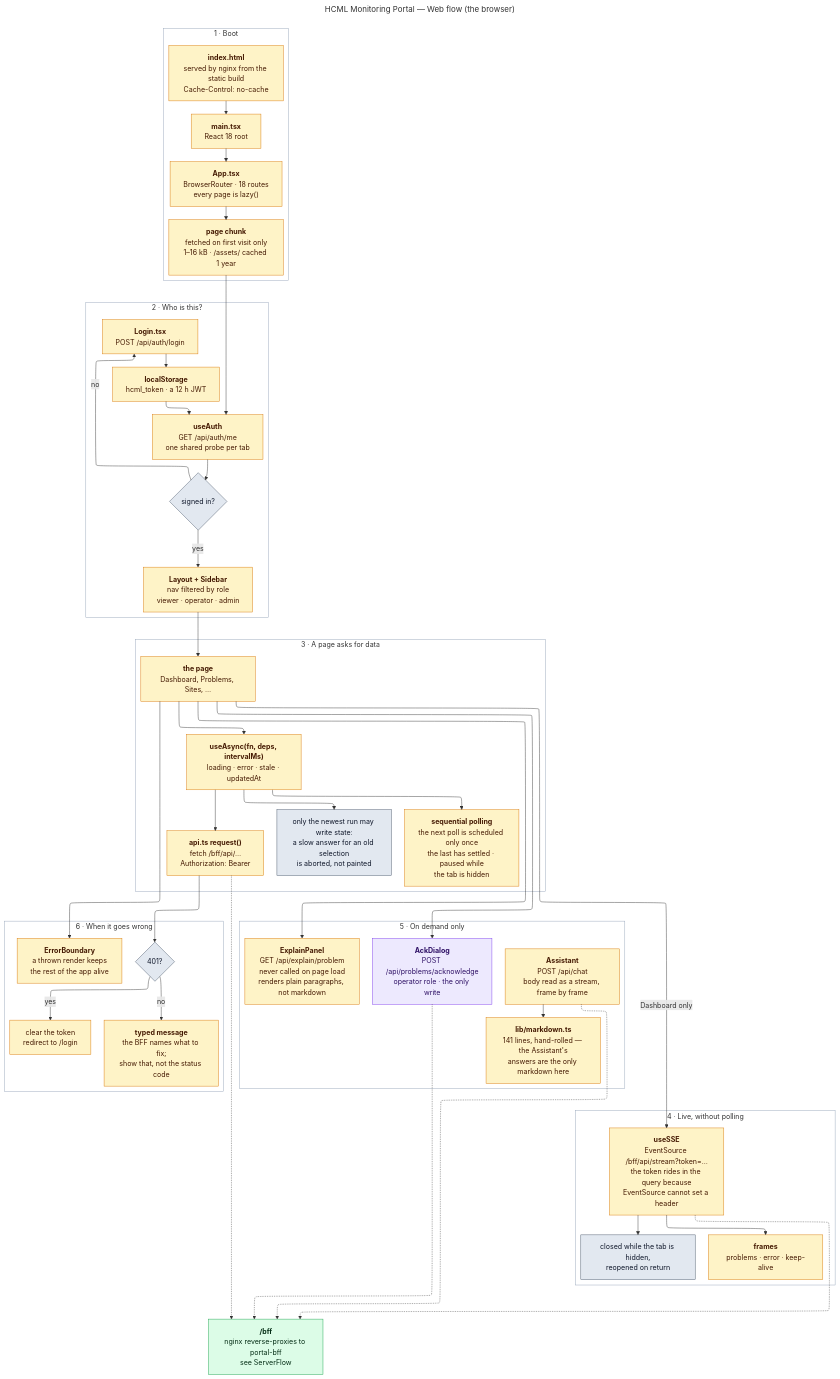
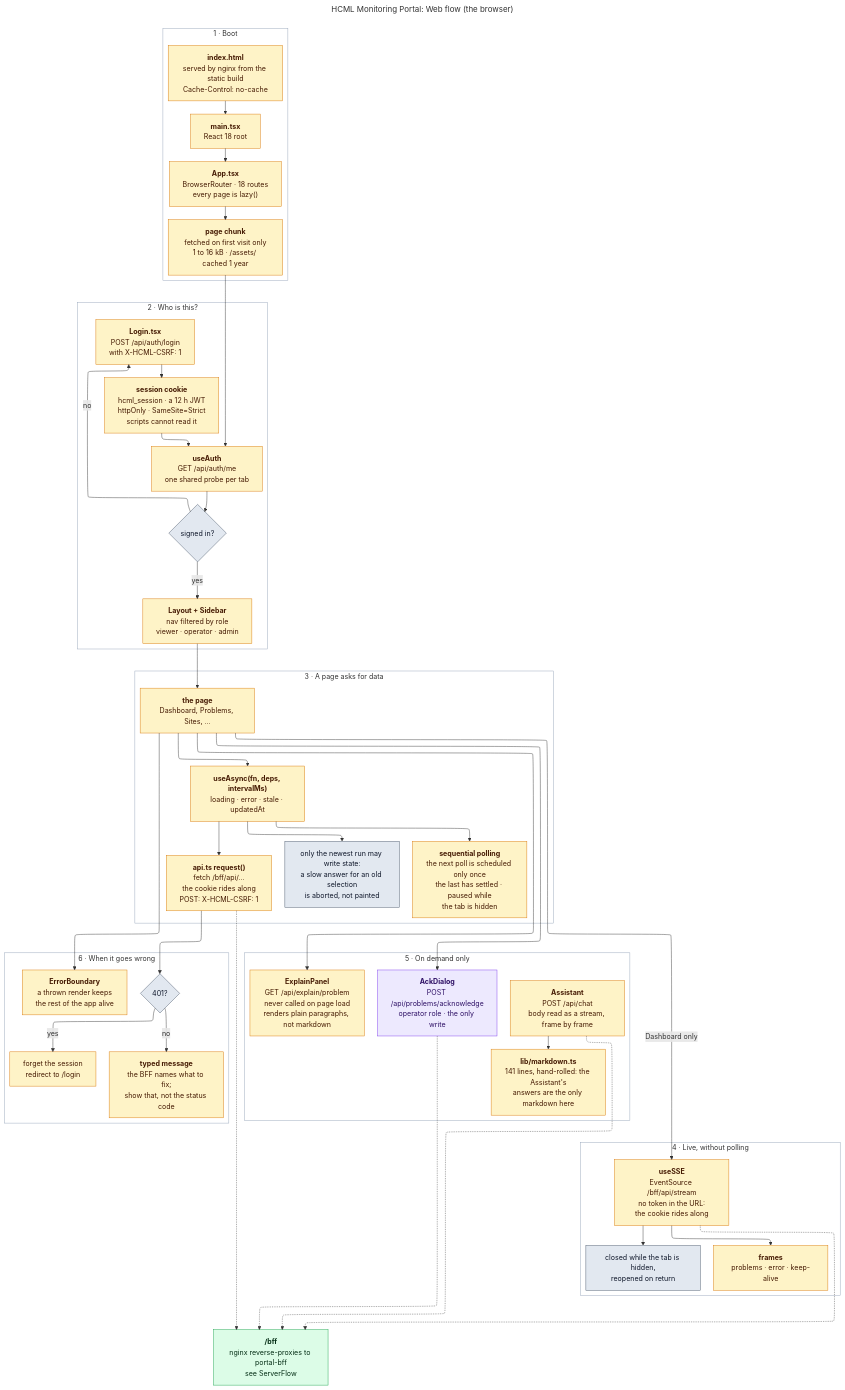
Before and after one commit to Fxkra28/Dashboard-Zabbix-Prototype: the diagram in docs/flow/WebFlow.mmd, drawn with Mermaid. The commit also changed 351 other files, not shown here.

```diff
--- a/docs/flow/WebFlow.mmd
+++ b/docs/flow/WebFlow.mmd
@@ -1,138 +1,138 @@
 ---
-title: HCML Monitoring Portal — Web flow (the browser)
+title: "HCML Monitoring Portal: Web flow (the browser)"
 config:
   layout: elk
   elk:
     mergeEdges: false
     nodePlacementStrategy: BRANDES_KOEPF
 ---
 flowchart TB
 
-    %% =================================================================
-    %%  WEB FLOW -- what happens in the browser, from the first byte
+    %%  Web flow: what happens in the browser, from the first byte
     %%  nginx serves to the moment a page has data on screen.
 
     %%  Amber  runs in the browser.
     %%  Green  the portal's own BFF, same origin, behind /bff.
     %%  Grey   a decision, a guard, or a boundary.
 
     %%  Nothing here ever holds a Zabbix or model credential. Every call
-    %%  goes to /bff, and the JWT in localStorage only proves who the
-    %%  user is to the portal -- it grants nothing in Zabbix.
+    %%  goes to /bff. The portal JWT rides in an httpOnly cookie that no
+    %%  script on the page can read (ADR-0010); it only proves who the
+    %%  user is to the portal and grants nothing in Zabbix.
 
     %%  Two arrows were corrected against the code and must stay this
-    %%  way. (1) The stream is opened by the DASHBOARD, not the shell:
+    %%  way. (1) The stream is opened by the Dashboard, not the shell:
     %%  useSSE has exactly one call site, Overview.tsx, and navigating
     %%  away closes the connection. The Problems page does not stream at
-    %%  all -- it polls every 30 s. (2) There is no ExplainPanel ->
+    %%  all: it polls every 30 s. (2) There is no ExplainPanel ->
     %%  markdown arrow: ExplainPanel renders its fields as plain <p>
     %%  paragraphs and never imports the renderer. The Assistant is its
     %%  only consumer.
 
-    %%  Note also that stage 2's "signed in?" diamond is NOT implemented
+    %%  Note also that stage 2's "signed in?" diamond is not implemented
     %%  as a route guard. No component reads the role and redirects; the
-    %%  only automatic path to /login is api.ts reacting to a 401, so an
-    %%  unauthenticated visitor sees the chrome for one round trip.
-    %% =================================================================
+    %%  automatic paths to /login are api.ts reacting to a 401, to a
+    %%  sign-out in another tab, or to a page Back restores after one, so
+    %%  an unauthenticated visitor sees the chrome for one round trip.
 
     subgraph W1["1 &middot; Boot"]
         HTML["<b>index.html</b><br>served by nginx from the static build<br>Cache-Control: no-cache"]
         MAIN["<b>main.tsx</b><br>React 18 root"]
         APP["<b>App.tsx</b><br>BrowserRouter &middot; 18 routes<br>every page is lazy()"]
-        CHUNK["<b>page chunk</b><br>fetched on first visit only<br>1&ndash;16 kB &middot; /assets/ cached 1 year"]
+        CHUNK["<b>page chunk</b><br>fetched on first visit only<br>1 to 16 kB &middot; /assets/ cached 1 year"]
 
         HTML --> MAIN --> APP --> CHUNK
     end
 
     subgraph W2["2 &middot; Who is this?"]
         ME["<b>useAuth</b><br>GET /api/auth/me<br>one shared probe per tab"]
         HASROLE{"signed in?"}
-        LOGIN["<b>Login.tsx</b><br>POST /api/auth/login"]
-        TOKEN["<b>localStorage</b><br>hcml_token &middot; a 12 h JWT"]
+        LOGIN["<b>Login.tsx</b><br>POST /api/auth/login<br>with X-HCML-CSRF: 1"]
+        COOKIE["<b>session cookie</b><br>hcml_session &middot; a 12 h JWT<br>httpOnly &middot; SameSite=Strict<br>scripts cannot read it"]
         LAYOUT["<b>Layout + Sidebar</b><br>nav filtered by role<br>viewer &middot; operator &middot; admin"]
 
         ME --> HASROLE
         HASROLE -->|"no"| LOGIN
-        LOGIN --> TOKEN
-        TOKEN --> ME
+        LOGIN --> COOKIE
+        COOKIE --> ME
         HASROLE -->|"yes"| LAYOUT
     end
 
     subgraph W3["3 &middot; A page asks for data"]
         PAGE["<b>the page</b><br>Dashboard, Problems, Sites, &hellip;"]
         ASYNC["<b>useAsync(fn, deps, intervalMs)</b><br>loading &middot; error &middot; stale &middot; updatedAt"]
         GUARD["only the newest run may write state:<br>a slow answer for an old selection<br>is aborted, not painted"]
         POLL["<b>sequential polling</b><br>the next poll is scheduled only once<br>the last has settled &middot; paused while<br>the tab is hidden"]
-        APICALL["<b>api.ts request()</b><br>fetch /bff/api/&hellip;<br>Authorization: Bearer"]
+        APICALL["<b>api.ts request()</b><br>fetch /bff/api/&hellip;<br>the cookie rides along<br>POST: X-HCML-CSRF: 1"]
 
         PAGE --> ASYNC
         ASYNC --> GUARD
         ASYNC --> POLL
         ASYNC --> APICALL
     end
 
     subgraph W4["4 &middot; Live, without polling"]
-        SSE["<b>useSSE</b><br>EventSource /bff/api/stream?token=&hellip;<br>the token rides in the query because<br>EventSource cannot set a header"]
+        SSE["<b>useSSE</b><br>EventSource /bff/api/stream<br>no token in the URL:<br>the cookie rides along"]
         FRAMES["<b>frames</b><br>problems &middot; error &middot; keep-alive"]
         HIDDEN["closed while the tab is hidden,<br>reopened on return"]
 
         SSE --> FRAMES
         SSE --> HIDDEN
     end
 
     subgraph W5["5 &middot; On demand only"]
         EXPLAIN["<b>ExplainPanel</b><br>GET /api/explain/problem<br>never called on page load<br>renders plain paragraphs, not markdown"]
         CHATP["<b>Assistant</b><br>POST /api/chat<br>body read as a stream, frame by frame"]
-        MD["<b>lib/markdown.ts</b><br>141 lines, hand-rolled &mdash; the Assistant's<br>answers are the only markdown here"]
+        MD["<b>lib/markdown.ts</b><br>141 lines, hand-rolled: the Assistant's<br>answers are the only markdown here"]
         ACK["<b>AckDialog</b><br>POST /api/problems/acknowledge<br>operator role &middot; the only write"]
 
         CHATP --> MD
     end
 
     subgraph W6["6 &middot; When it goes wrong"]
         R401{"401?"}
-        SIGNOUT["clear the token<br>redirect to /login"]
+        SIGNOUT["forget the session<br>redirect to /login"]
         TYPED["<b>typed message</b><br>the BFF names what to fix;<br>show that, not the status code"]
         BOUNDARY["<b>ErrorBoundary</b><br>a thrown render keeps<br>the rest of the app alive"]
 
         R401 -->|"yes"| SIGNOUT
         R401 -->|"no"| TYPED
     end
 
     BFF["<b>/bff</b><br>nginx reverse-proxies to portal-bff<br>see ServerFlow"]
 
     CHUNK --> ME
     LAYOUT --> PAGE
     PAGE -->|"Dashboard only"| SSE
     PAGE --> EXPLAIN
     PAGE --> ACK
     PAGE --> BOUNDARY
     APICALL --> R401
     APICALL -.-> BFF
     SSE -.-> BFF
     CHATP -.-> BFF
     ACK -.-> BFF
 
     %% Frames must stay unfilled or they paint over the relationship lines.
 
     classDef browser fill:#fef3c7,stroke:#d97706,color:#451a03
     classDef server  fill:#dcfce7,stroke:#16a34a,color:#052e16
     classDef choice  fill:#e2e8f0,stroke:#475569,color:#0f172a
     classDef written fill:#ede9fe,stroke:#7c3aed,color:#2e1065
 
     style W1 fill:none,stroke:#94a3b8
     style W2 fill:none,stroke:#94a3b8
     style W3 fill:none,stroke:#94a3b8
     style W4 fill:none,stroke:#94a3b8
     style W5 fill:none,stroke:#94a3b8
     style W6 fill:none,stroke:#94a3b8
 
     class HTML,MAIN,APP,CHUNK browser
-    class ME,LOGIN,TOKEN,LAYOUT browser
+    class ME,LOGIN,COOKIE,LAYOUT browser
     class PAGE,ASYNC,POLL,APICALL browser
     class SSE,FRAMES,EXPLAIN,CHATP,MD browser
     class SIGNOUT,TYPED,BOUNDARY browser
 
     class ACK written
     class BFF server
     class HASROLE,R401,GUARD,HIDDEN choice
```
